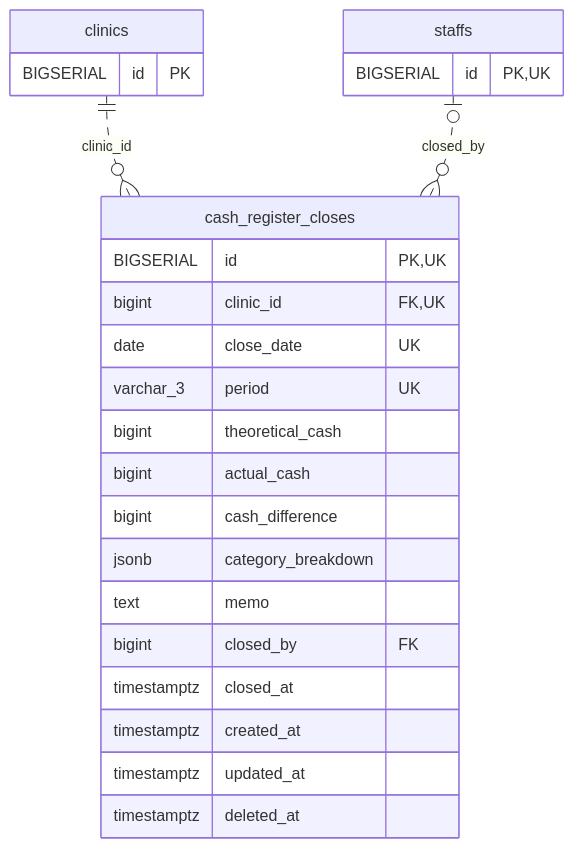
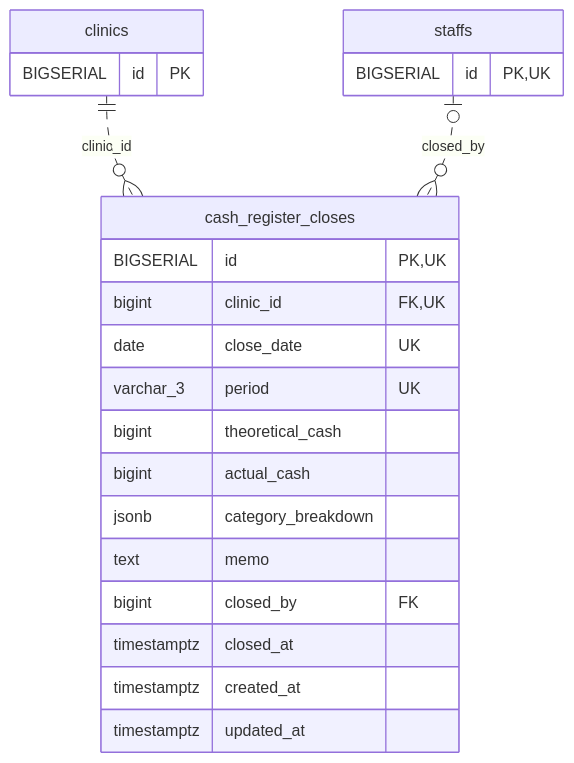
One commit to MinoruSoga/AnimalEkarte changed the diagram in docs/architecture/erd-detail/cash_register_closes.md. Above: the diagram before and after it, drawn with Mermaid. The commit also changed other lines of this file and 147 other files, not shown here.

````diff
--- a/docs/architecture/erd-detail/cash_register_closes.md
+++ b/docs/architecture/erd-detail/cash_register_closes.md
@@ -37,27 +35,25 @@
 ```mermaid
 erDiagram
     cash_register_closes {
         BIGSERIAL id PK,UK
         bigint clinic_id FK,UK
         date close_date UK
         varchar_3 period UK
         bigint theoretical_cash
         bigint actual_cash
-        bigint cash_difference
         jsonb category_breakdown
         text memo
         bigint closed_by FK
         timestamptz closed_at
         timestamptz created_at
         timestamptz updated_at
-        timestamptz deleted_at
     }
     clinics {
         BIGSERIAL id PK
     }
     staffs {
         BIGSERIAL id PK,UK
     }
     clinics ||..o{ cash_register_closes : "clinic_id"
     staffs o|..o{ cash_register_closes : "closed_by"
 ```
````
